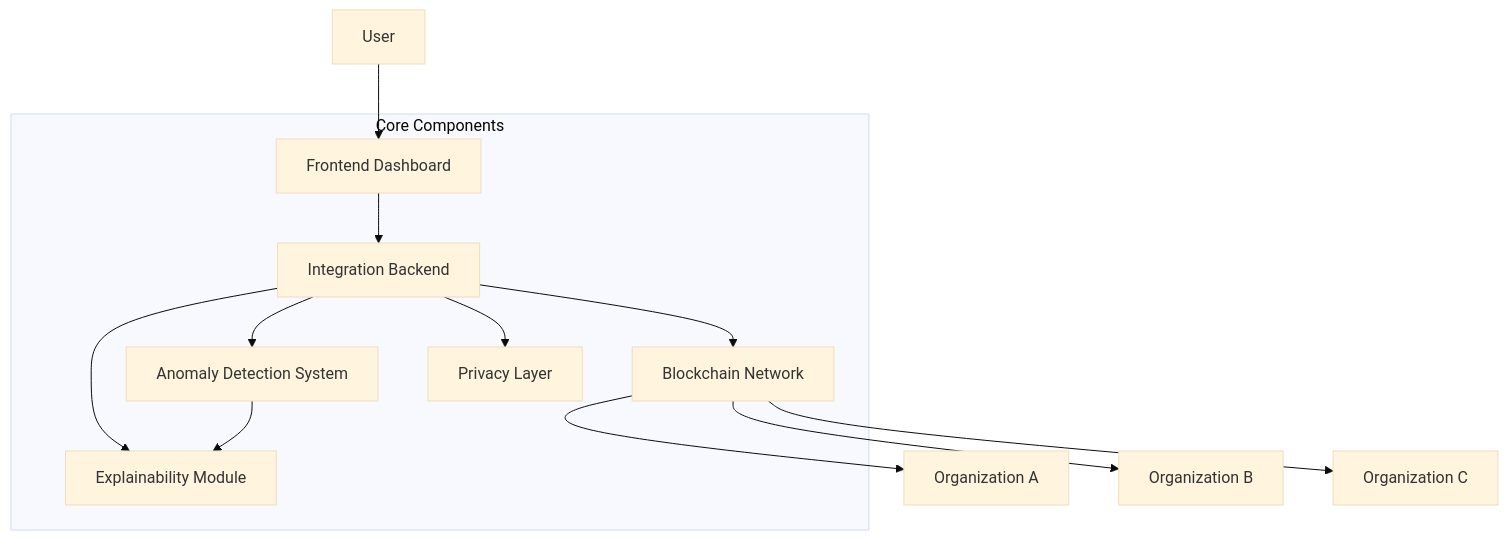
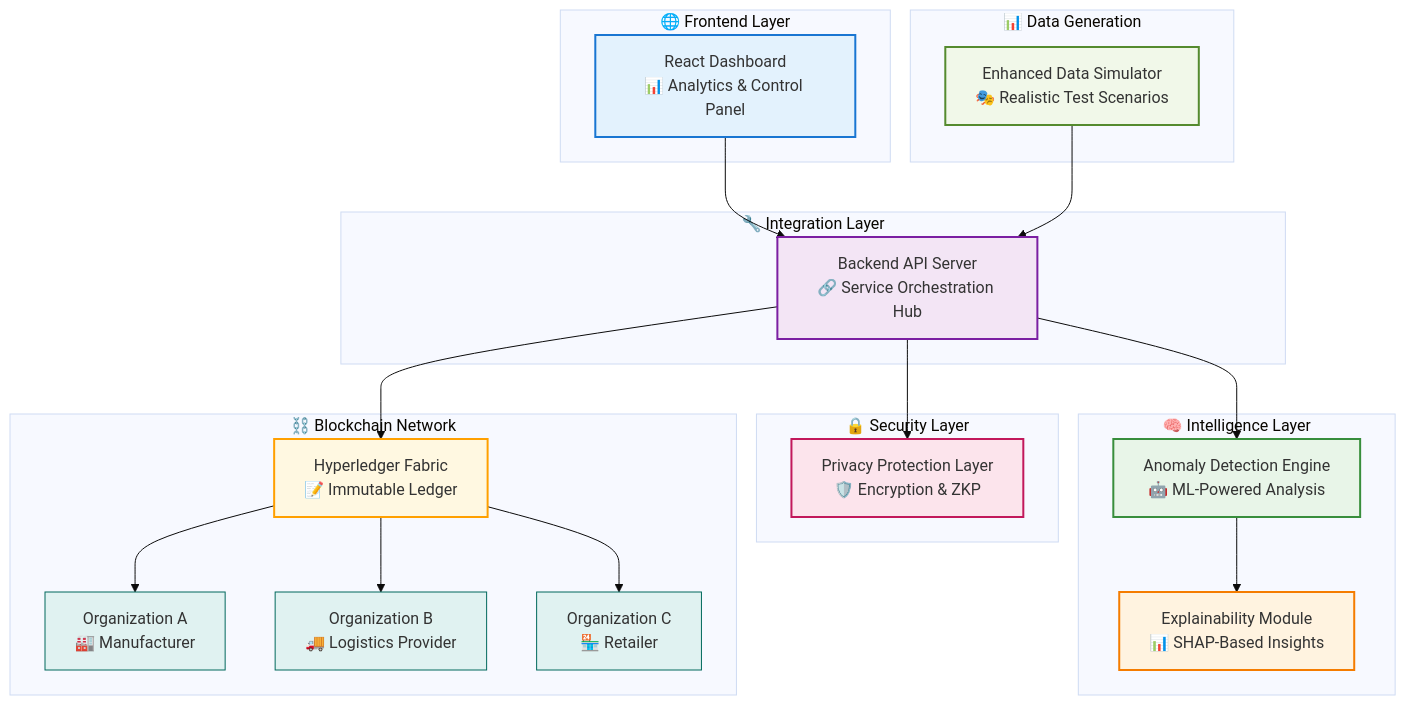
The diagram in README.md (bhaskardatta/CryptaNet), drawn with Mermaid (base theme) before and after one commit. The commit also changed other lines of this file and 51 other files, not shown here.

````diff
--- a/README.md
+++ b/README.md
@@ -34,17 +133,50 @@
 ```mermaid
 graph TB
-    User[User] --> Frontend[Frontend Dashboard]
-    
-    subgraph Core Components
-        Frontend --> Backend[Integration Backend]
-        Backend --> AD[Anomaly Detection System]
-        Backend --> EX[Explainability Module]
-        Backend --> BC[Blockchain Network]
-        Backend --> PL[Privacy Layer]
-        AD --> EX
+    subgraph "🌐 Frontend Layer"
+        UI[React Dashboard<br/>📊 Analytics & Control Panel]
+        style UI fill:#e3f2fd,stroke:#1976d2,stroke-width:2px
     end
     
-    BC --> OrgA[Organization A]
-    BC --> OrgB[Organization B] 
-    BC --> OrgC[Organization C]
+    subgraph "🔧 Integration Layer" 
+        API[Backend API Server<br/>🔗 Service Orchestration Hub]
+        style API fill:#f3e5f5,stroke:#7b1fa2,stroke-width:2px
+    end
+    
+    subgraph "🧠 Intelligence Layer"
+        AI[Anomaly Detection Engine<br/>🤖 ML-Powered Analysis]
+        EX[Explainability Module<br/>📊 SHAP-Based Insights]
+        AI --> EX
+        style AI fill:#e8f5e8,stroke:#388e3c,stroke-width:2px
+        style EX fill:#fff3e0,stroke:#f57c00,stroke-width:2px
+    end
+    
+    subgraph "🔒 Security Layer"
+        PL[Privacy Protection Layer<br/>🛡️ Encryption & ZKP]
+        style PL fill:#fce4ec,stroke:#c2185b,stroke-width:2px
+    end
+    
+    subgraph "⛓️ Blockchain Network"
+        BC[Hyperledger Fabric<br/>📝 Immutable Ledger]
+        OrgA[Organization A<br/>🏭 Manufacturer]
+        OrgB[Organization B<br/>🚚 Logistics Provider]
+        OrgC[Organization C<br/>🏪 Retailer]
+        style BC fill:#fff8e1,stroke:#ffa000,stroke-width:2px
+        style OrgA fill:#e0f2f1,stroke:#00695c,stroke-width:1px
+        style OrgB fill:#e0f2f1,stroke:#00695c,stroke-width:1px
+        style OrgC fill:#e0f2f1,stroke:#00695c,stroke-width:1px
+    end
+    
+    subgraph "📊 Data Generation"
+        SIM[Enhanced Data Simulator<br/>🎭 Realistic Test Scenarios]
+        style SIM fill:#f1f8e9,stroke:#558b2f,stroke-width:2px
+    end
+    
+    UI --> API
+    API --> AI
+    API --> PL
+    API --> BC
+    SIM --> API
+    BC --> OrgA
+    BC --> OrgB
+    BC --> OrgC
 ```
````
